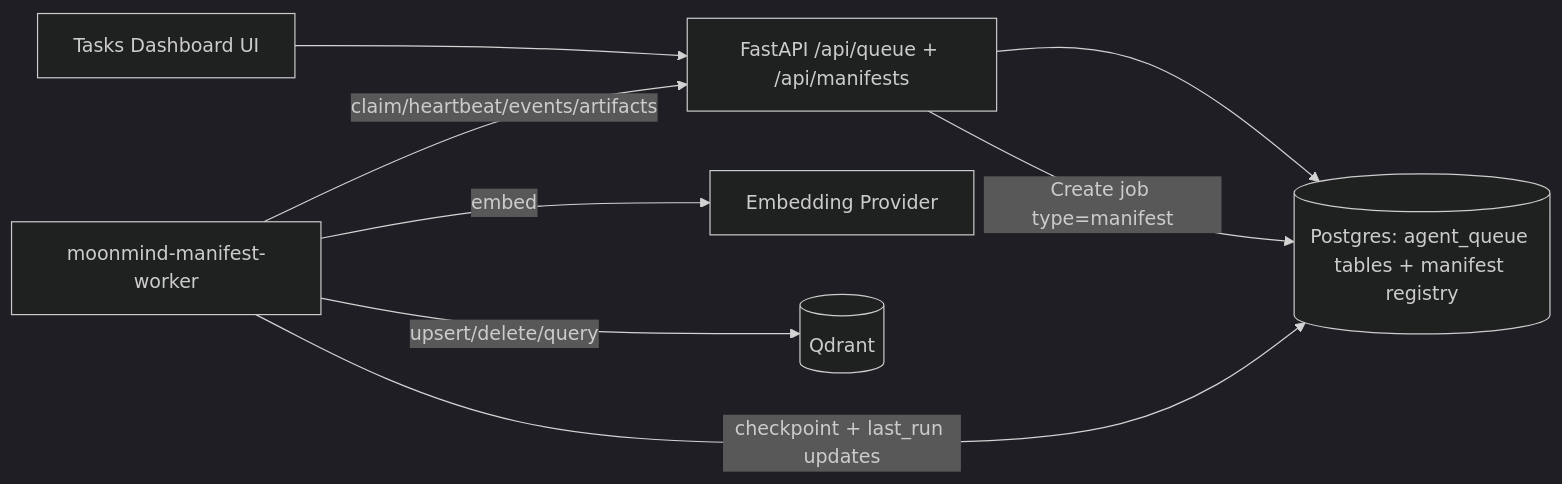
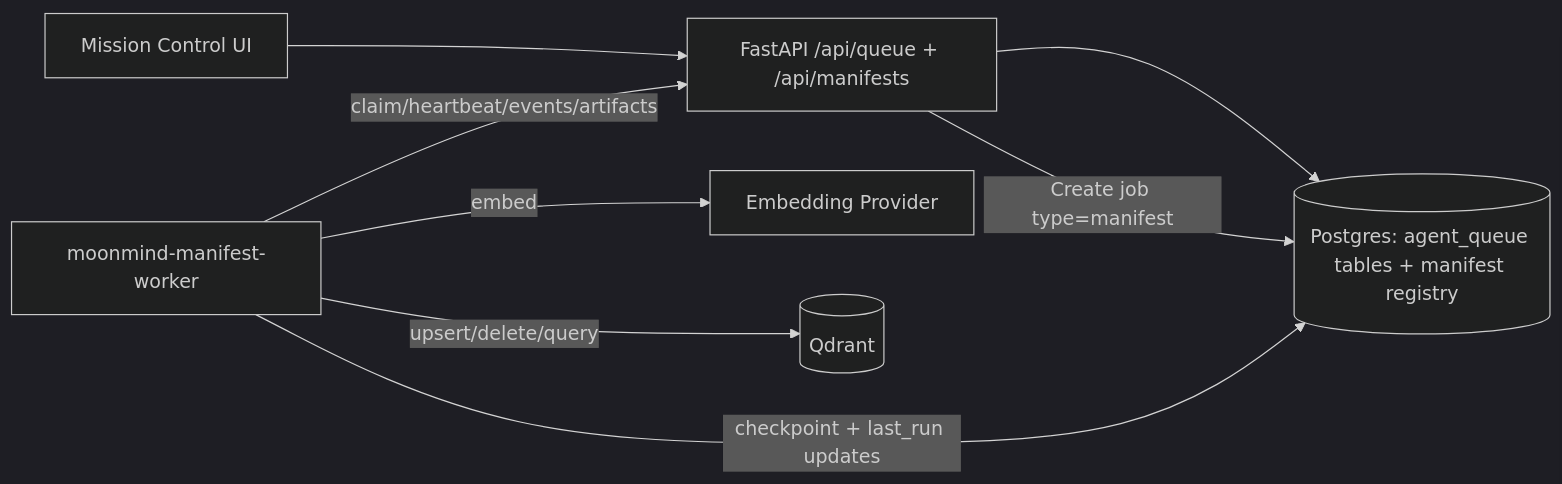
One commit to MoonLadderStudios/MoonMind changed the diagram in docs/ManifestTaskSystem.md. Above: the diagram before and after it, drawn with Mermaid (dark theme). The commit also changed other lines of this file and 34 other files, not shown here.

Commit message:
Rename dashboard docs to Mission Control

`````diff
--- a/docs/ManifestTaskSystem.md
+++ b/docs/ManifestTaskSystem.md
@@ -86,10 +86,10 @@
 ```mermaid
 flowchart LR
-  UI[Tasks Dashboard UI] --> API[FastAPI /api/queue + /api/manifests]
+  UI[Mission Control UI] --> API[FastAPI /api/queue + /api/manifests]
   API --> Q[(Postgres: agent_queue tables + manifest registry)]
   API -->|Create job type=manifest| Q
   W[moonmind-manifest-worker] -->|claim/heartbeat/events/artifacts| API
   W -->|embed| Emb[Embedding Provider]
   W -->|upsert/delete/query| VDB[(Qdrant)]
   W -->|checkpoint + last_run updates| Q
 ````
`````
